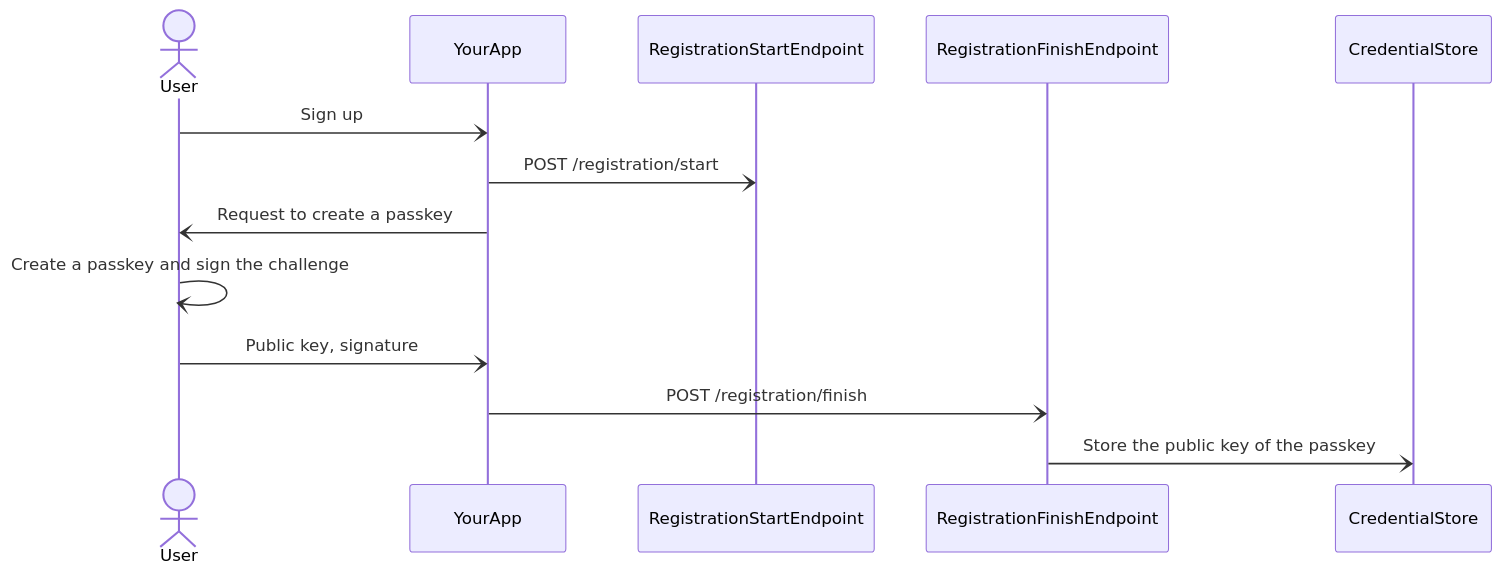
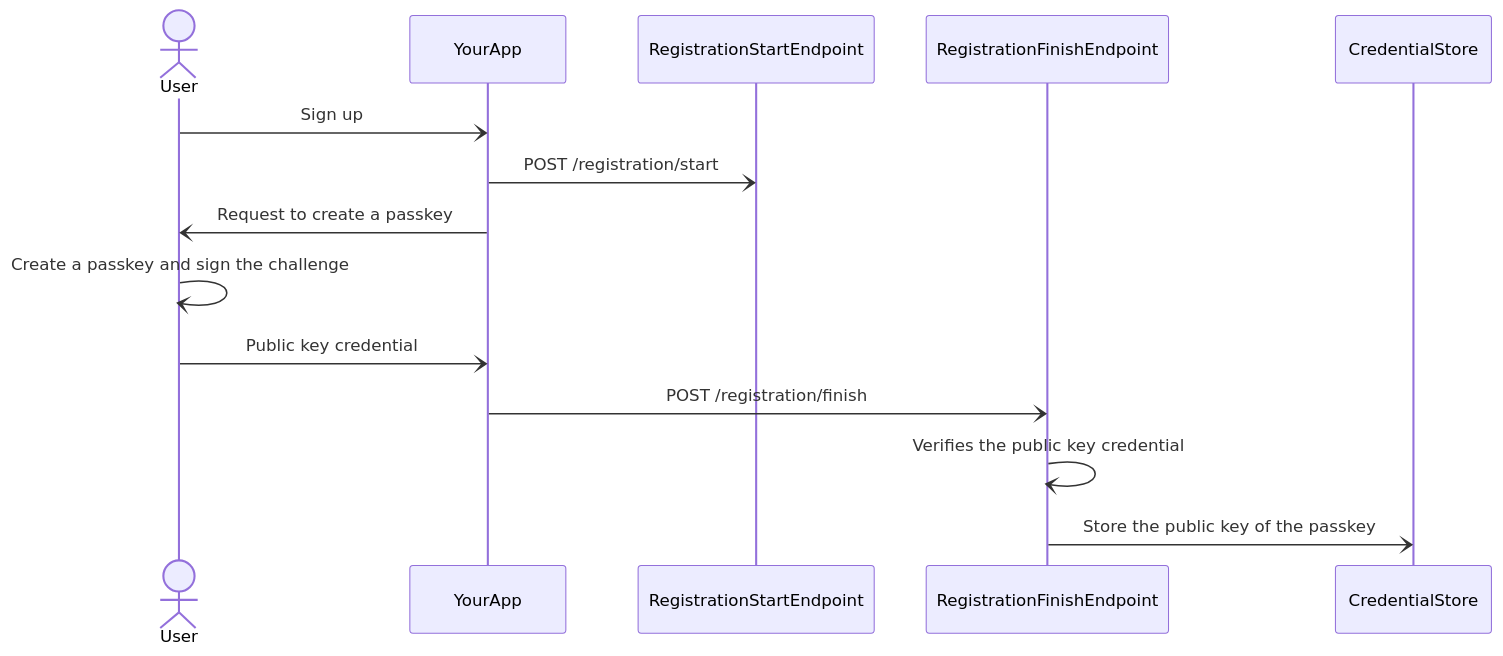
Before and after one commit to codemonger-io/passquito: the first of 6 diagrams in README.md, drawn with Mermaid. The commit also changed other lines of this file, not shown here.

````diff
--- a/README.md
+++ b/README.md
@@ -34,16 +36,17 @@
 ```mermaid
 sequenceDiagram
     actor User
     participant YourApp
     participant RegistrationStartEndpoint
     participant RegistrationFinishEndpoint
     participant CredentialStore
 
     User-)YourApp: Sign up
     YourApp-)RegistrationStartEndpoint: POST /registration/start
     YourApp-)User: Request to create a passkey
     User-)User: Create a passkey and sign the challenge
-    User-)YourApp: Public key, signature
+    User-)YourApp: Public key credential
     YourApp-)RegistrationFinishEndpoint: POST /registration/finish
+    RegistrationFinishEndpoint-)RegistrationFinishEndpoint: Verifies the public key credential
     RegistrationFinishEndpoint-)CredentialStore: Store the public key of the passkey
 ```
````
